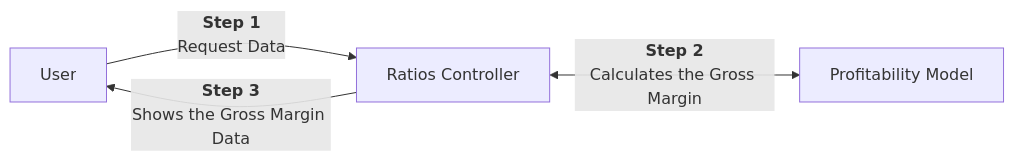
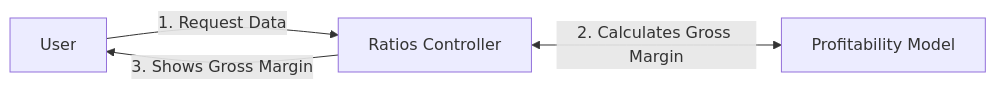
One commit to JerBouma/jerbouma.github.io changed the sixth of 9 diagrams in _pages/coding/structuring-your-model.md. Above: the diagram before and after it, drawn with Mermaid. The commit also changed other lines of this file and 83 other files, not shown here.

```diff
--- a/_pages/coding/structuring-your-model.md
+++ b/_pages/coding/structuring-your-model.md
@@ -135,7 +135,7 @@
 <div class="mermaid">
 flowchart LR;
 
-Step0["User"] -- <b>Step 1<br></b>Request Data -->  Step3["Ratios Controller"]
-Step3["Ratios Controller"] <-- <b>Step 2<br></b>Calculates the Gross Margin --> Step2["Profitability Model"]
-Step3["Ratios Controller"] -- <b>Step 3<br></b>Shows the Gross Margin Data --> Step0["User"]
+Step0["User"] -- "1. Request Data" -->  Step3["Ratios Controller"]
+Step3["Ratios Controller"] <-- "2. Calculates Gross Margin" --> Step2["Profitability Model"]
+Step3["Ratios Controller"] -- "3. Shows Gross Margin" --> Step0["User"]
 </div>
```
